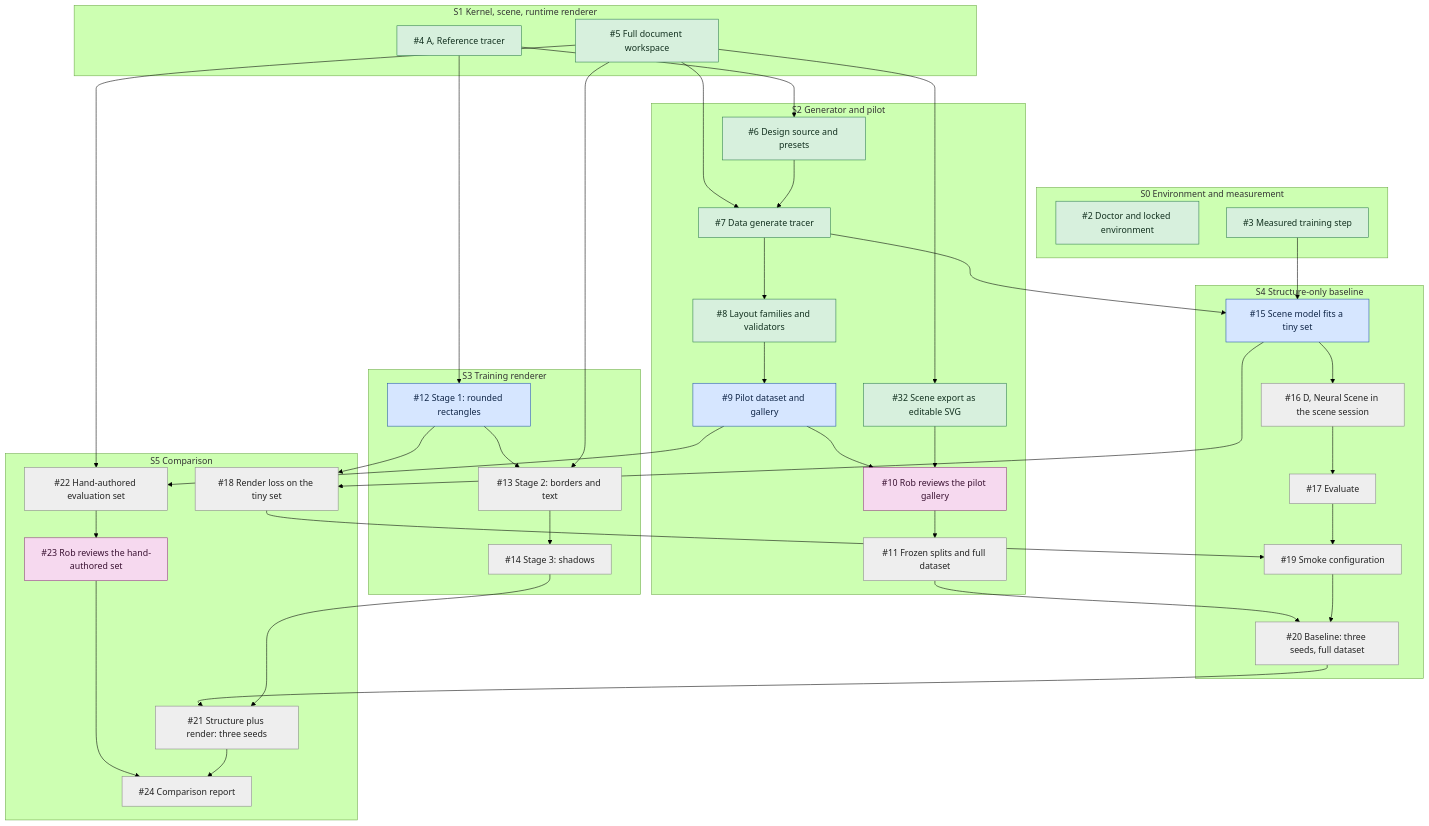
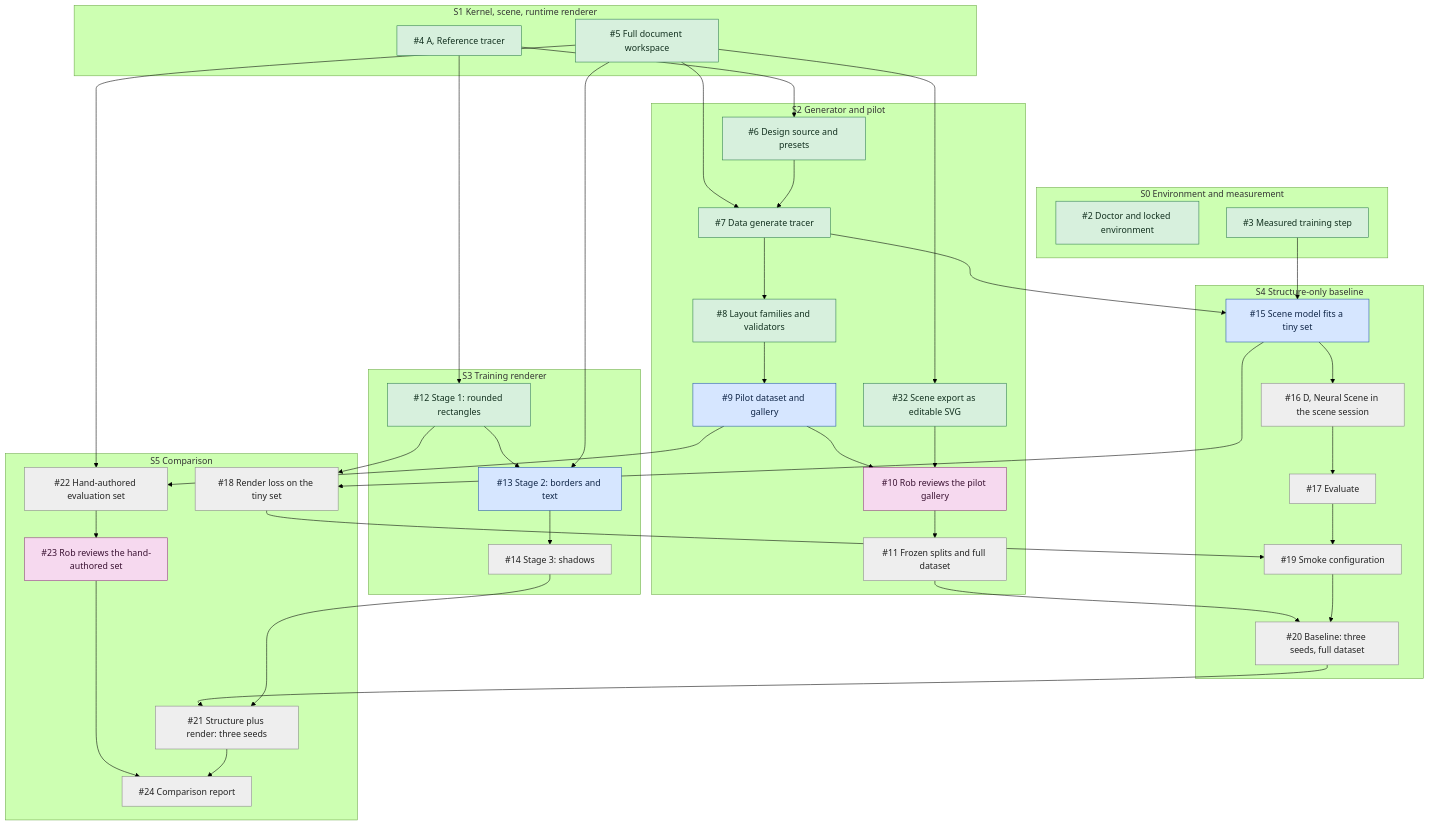
The diagram in docs/roadmap.md (robdhyman/core-ultra-neural-engine), drawn with Mermaid (forest theme) before and after one commit. The commit also changed other lines of this file and 17 other files, not shown here.

````diff
--- a/docs/roadmap.md
+++ b/docs/roadmap.md
@@ -26,61 +26,61 @@
 ```mermaid
 flowchart TD
     classDef done fill:#d7f0dd,stroke:#2e7d4f,color:#12301f
     classDef ready fill:#d6e6ff,stroke:#2457a6,color:#0f2547
     classDef waiting fill:#eeeeee,stroke:#888888,color:#222222
     classDef rob fill:#f6d9ef,stroke:#8e3a7c,color:#3a1232
 
     subgraph S0["S0 Environment and measurement"]
         i2["#2 Doctor and locked environment"]:::done
         i3["#3 Measured training step"]:::done
     end
     subgraph S1["S1 Kernel, scene, runtime renderer"]
         i4["#4 A, Reference tracer"]:::done
         i5["#5 Full document workspace"]:::done
     end
     subgraph S2["S2 Generator and pilot"]
         i6["#6 Design source and presets"]:::done
         i7["#7 Data generate tracer"]:::done
         i8["#8 Layout families and validators"]:::done
         i9["#9 Pilot dataset and gallery"]:::ready
         i32["#32 Scene export as editable SVG"]:::done
         i10["#10 Rob reviews the pilot gallery"]:::rob
         i11["#11 Frozen splits and full dataset"]:::waiting
     end
     subgraph S3["S3 Training renderer"]
-        i12["#12 Stage 1: rounded rectangles"]:::ready
-        i13["#13 Stage 2: borders and text"]:::waiting
+        i12["#12 Stage 1: rounded rectangles"]:::done
+        i13["#13 Stage 2: borders and text"]:::ready
         i14["#14 Stage 3: shadows"]:::waiting
     end
     subgraph S4["S4 Structure-only baseline"]
         i15["#15 Scene model fits a tiny set"]:::ready
         i16["#16 D, Neural Scene in the scene session"]:::waiting
         i17["#17 Evaluate"]:::waiting
         i19["#19 Smoke configuration"]:::waiting
         i20["#20 Baseline: three seeds, full dataset"]:::waiting
     end
     subgraph S5["S5 Comparison"]
         i18["#18 Render loss on the tiny set"]:::waiting
         i21["#21 Structure plus render: three seeds"]:::waiting
         i22["#22 Hand-authored evaluation set"]:::waiting
         i23["#23 Rob reviews the hand-authored set"]:::rob
         i24["#24 Comparison report"]:::waiting
     end
 
     i4 --> i6
     i5 --> i7
     i6 --> i7 --> i8 --> i9 --> i10 --> i11
     i5 --> i32 --> i10
     i4 --> i12 --> i13 --> i14
     i5 --> i13
     i3 --> i15
     i7 --> i15 --> i16 --> i17 --> i19
     i12 --> i18
     i15 --> i18 --> i19
     i11 --> i20
     i19 --> i20 --> i21
     i14 --> i21
     i5 --> i22
     i9 --> i22 --> i23 --> i24
     i21 --> i24
 ```
````
